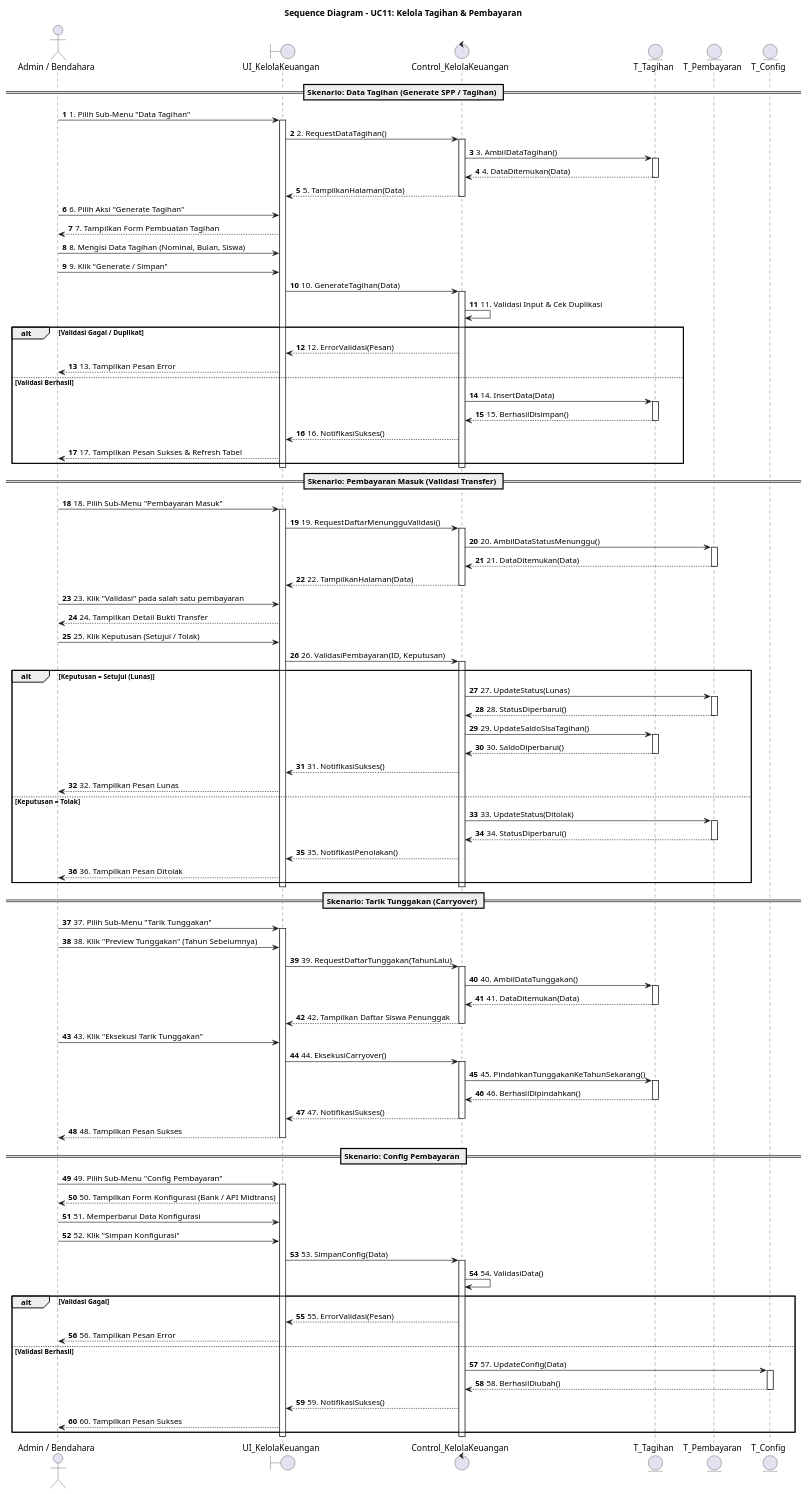
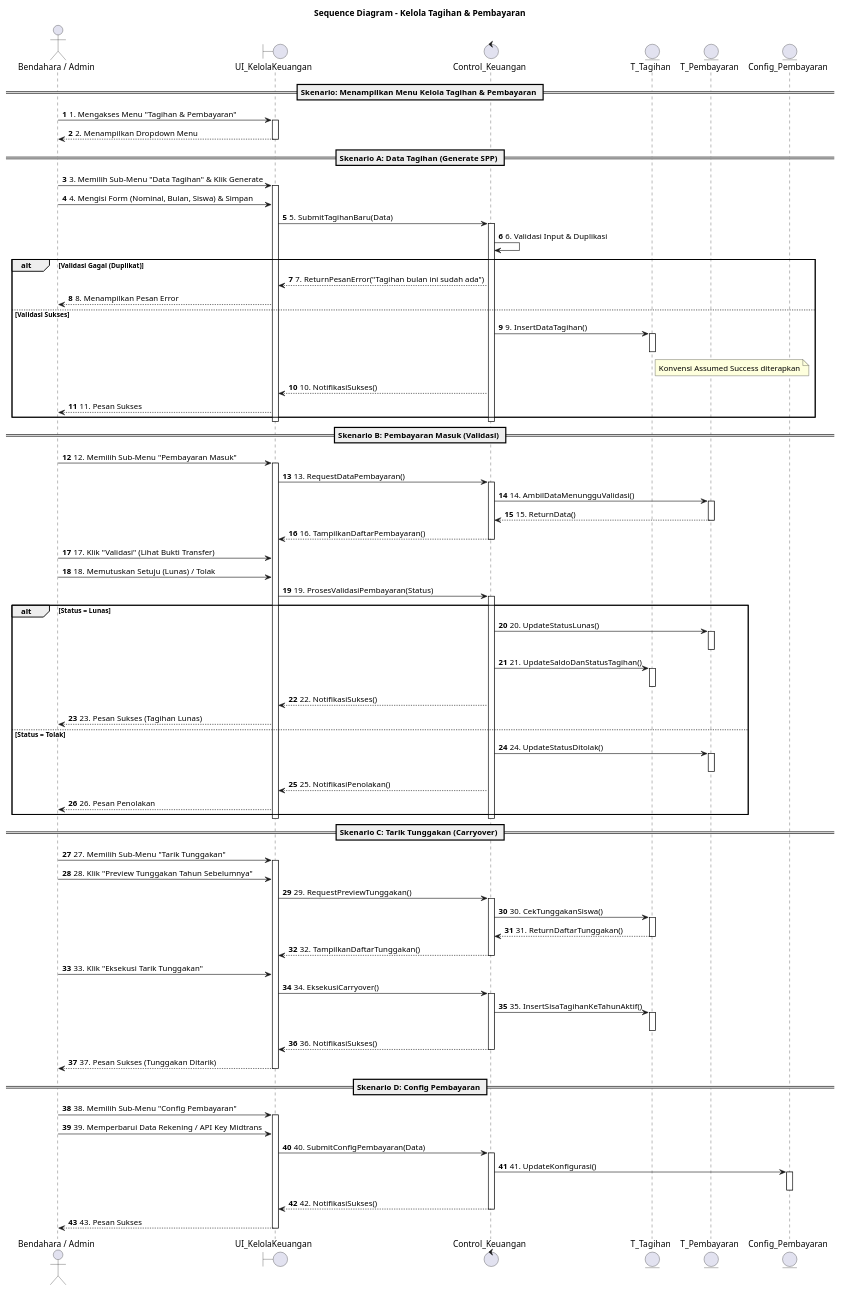
The diagram in docs/flow/sequence-kelola-tagihan-pembayaran.puml (shendelzare7sw/sipaduhok), drawn with PlantUML before and after one commit. The commit also changed 66 other files, not shown here.

```diff
--- a/docs/flow/sequence-kelola-tagihan-pembayaran.puml
+++ b/docs/flow/sequence-kelola-tagihan-pembayaran.puml
@@ -1,139 +1,116 @@
 @startuml
-title Sequence Diagram - UC11: Kelola Tagihan & Pembayaran
+title Sequence Diagram - Kelola Tagihan & Pembayaran
 autonumber
 
-actor "Admin / Bendahara" as Admin
+actor "Bendahara / Admin" as Pengguna
 boundary "UI_KelolaKeuangan" as UI
-control "Control_KelolaKeuangan" as Control
+control "Control_Keuangan" as Control
 entity "T_Tagihan" as E_Tagihan
 entity "T_Pembayaran" as E_Pembayaran
-entity "T_Config" as E_Config
+entity "Config_Pembayaran" as E_Config
 
-== Skenario: Data Tagihan (Generate SPP / Tagihan) ==
+== Skenario: Menampilkan Menu Kelola Tagihan & Pembayaran ==
+Pengguna -> UI : 1. Mengakses Menu "Tagihan & Pembayaran"
+activate UI
+UI --> Pengguna : 2. Menampilkan Dropdown Menu
+deactivate UI
 
-Admin -> UI : 1. Pilih Sub-Menu "Data Tagihan"
+== Skenario A: Data Tagihan (Generate SPP) ==
+Pengguna -> UI : 3. Memilih Sub-Menu "Data Tagihan" & Klik Generate
 activate UI
-UI -> Control : 2. RequestDataTagihan()
-activate Control
-Control -> E_Tagihan : 3. AmbilDataTagihan()
-activate E_Tagihan
-E_Tagihan --> Control : 4. DataDitemukan(Data)
-deactivate E_Tagihan
-Control --> UI : 5. TampilkanHalaman(Data)
-deactivate Control
-
-Admin -> UI : 6. Pilih Aksi "Generate Tagihan"
-UI --> Admin : 7. Tampilkan Form Pembuatan Tagihan
-Admin -> UI : 8. Mengisi Data Tagihan (Nominal, Bulan, Siswa)
-Admin -> UI : 9. Klik "Generate / Simpan"
-UI -> Control : 10. GenerateTagihan(Data)
+Pengguna -> UI : 4. Mengisi Form (Nominal, Bulan, Siswa) & Simpan
+UI -> Control : 5. SubmitTagihanBaru(Data)
 activate Control
 
-Control -> Control : 11. Validasi Input & Cek Duplikasi
-alt Validasi Gagal / Duplikat
-    Control --> UI : 12. ErrorValidasi(Pesan)
-    UI --> Admin : 13. Tampilkan Pesan Error
-else Validasi Berhasil
-    Control -> E_Tagihan : 14. InsertData(Data)
+Control -> Control : 6. Validasi Input & Duplikasi
+alt Validasi Gagal (Duplikat)
+    Control --> UI : 7. ReturnPesanError("Tagihan bulan ini sudah ada")
+    UI --> Pengguna : 8. Menampilkan Pesan Error
+else Validasi Sukses
+    Control -> E_Tagihan : 9. InsertDataTagihan()
     activate E_Tagihan
-    E_Tagihan --> Control : 15. BerhasilDisimpan()
     deactivate E_Tagihan
-    Control --> UI : 16. NotifikasiSukses()
-    UI --> Admin : 17. Tampilkan Pesan Sukses & Refresh Tabel
+    note right of E_Tagihan : Konvensi Assumed Success diterapkan
+    Control --> UI : 10. NotifikasiSukses()
+    UI --> Pengguna : 11. Pesan Sukses
 end
 deactivate Control
 deactivate UI
 
-== Skenario: Pembayaran Masuk (Validasi Transfer) ==
-
-Admin -> UI : 18. Pilih Sub-Menu "Pembayaran Masuk"
+== Skenario B: Pembayaran Masuk (Validasi) ==
+Pengguna -> UI : 12. Memilih Sub-Menu "Pembayaran Masuk"
 activate UI
-UI -> Control : 19. RequestDaftarMenungguValidasi()
+UI -> Control : 13. RequestDataPembayaran()
 activate Control
-Control -> E_Pembayaran : 20. AmbilDataStatusMenunggu()
+Control -> E_Pembayaran : 14. AmbilDataMenungguValidasi()
 activate E_Pembayaran
-E_Pembayaran --> Control : 21. DataDitemukan(Data)
+E_Pembayaran --> Control : 15. ReturnData()
 deactivate E_Pembayaran
-Control --> UI : 22. TampilkanHalaman(Data)
+Control --> UI : 16. TampilkanDaftarPembayaran()
 deactivate Control
 
-Admin -> UI : 23. Klik "Validasi" pada salah satu pembayaran
-UI --> Admin : 24. Tampilkan Detail Bukti Transfer
-Admin -> UI : 25. Klik Keputusan (Setujui / Tolak)
-UI -> Control : 26. ValidasiPembayaran(ID, Keputusan)
+Pengguna -> UI : 17. Klik "Validasi" (Lihat Bukti Transfer)
+Pengguna -> UI : 18. Memutuskan Setuju (Lunas) / Tolak
+UI -> Control : 19. ProsesValidasiPembayaran(Status)
 activate Control
 
-alt Keputusan = Setujui (Lunas)
-    Control -> E_Pembayaran : 27. UpdateStatus(Lunas)
+alt Status = Lunas
+    Control -> E_Pembayaran : 20. UpdateStatusLunas()
     activate E_Pembayaran
-    E_Pembayaran --> Control : 28. StatusDiperbarui()
     deactivate E_Pembayaran
-    Control -> E_Tagihan : 29. UpdateSaldoSisaTagihan()
+    
+    Control -> E_Tagihan : 21. UpdateSaldoDanStatusTagihan()
     activate E_Tagihan
-    E_Tagihan --> Control : 30. SaldoDiperbarui()
     deactivate E_Tagihan
-    Control --> UI : 31. NotifikasiSukses()
-    UI --> Admin : 32. Tampilkan Pesan Lunas
-else Keputusan = Tolak
-    Control -> E_Pembayaran : 33. UpdateStatus(Ditolak)
+    
+    Control --> UI : 22. NotifikasiSukses()
+    UI --> Pengguna : 23. Pesan Sukses (Tagihan Lunas)
+else Status = Tolak
+    Control -> E_Pembayaran : 24. UpdateStatusDitolak()
     activate E_Pembayaran
-    E_Pembayaran --> Control : 34. StatusDiperbarui()
     deactivate E_Pembayaran
-    Control --> UI : 35. NotifikasiPenolakan()
-    UI --> Admin : 36. Tampilkan Pesan Ditolak
+    Control --> UI : 25. NotifikasiPenolakan()
+    UI --> Pengguna : 26. Pesan Penolakan
 end
 deactivate Control
 deactivate UI
 
-== Skenario: Tarik Tunggakan (Carryover) ==
-
-Admin -> UI : 37. Pilih Sub-Menu "Tarik Tunggakan"
+== Skenario C: Tarik Tunggakan (Carryover) ==
+Pengguna -> UI : 27. Memilih Sub-Menu "Tarik Tunggakan"
 activate UI
-Admin -> UI : 38. Klik "Preview Tunggakan" (Tahun Sebelumnya)
-UI -> Control : 39. RequestDaftarTunggakan(TahunLalu)
+Pengguna -> UI : 28. Klik "Preview Tunggakan Tahun Sebelumnya"
+UI -> Control : 29. RequestPreviewTunggakan()
 activate Control
-Control -> E_Tagihan : 40. AmbilDataTunggakan()
+Control -> E_Tagihan : 30. CekTunggakanSiswa()
 activate E_Tagihan
-E_Tagihan --> Control : 41. DataDitemukan(Data)
+E_Tagihan --> Control : 31. ReturnDaftarTunggakan()
 deactivate E_Tagihan
-Control --> UI : 42. Tampilkan Daftar Siswa Penunggak
+Control --> UI : 32. TampilkanDaftarTunggakan()
 deactivate Control
 
-Admin -> UI : 43. Klik "Eksekusi Tarik Tunggakan"
-UI -> Control : 44. EksekusiCarryover()
+Pengguna -> UI : 33. Klik "Eksekusi Tarik Tunggakan"
+UI -> Control : 34. EksekusiCarryover()
 activate Control
-Control -> E_Tagihan : 45. PindahkanTunggakanKeTahunSekarang()
+Control -> E_Tagihan : 35. InsertSisaTagihanKeTahunAktif()
 activate E_Tagihan
-E_Tagihan --> Control : 46. BerhasilDipindahkan()
 deactivate E_Tagihan
-Control --> UI : 47. NotifikasiSukses()
+Control --> UI : 36. NotifikasiSukses()
 deactivate Control
-UI --> Admin : 48. Tampilkan Pesan Sukses
+UI --> Pengguna : 37. Pesan Sukses (Tunggakan Ditarik)
 deactivate UI
 
-== Skenario: Config Pembayaran ==
-
-Admin -> UI : 49. Pilih Sub-Menu "Config Pembayaran"
+== Skenario D: Config Pembayaran ==
+Pengguna -> UI : 38. Memilih Sub-Menu "Config Pembayaran"
 activate UI
-UI --> Admin : 50. Tampilkan Form Konfigurasi (Bank / API Midtrans)
-Admin -> UI : 51. Memperbarui Data Konfigurasi
-Admin -> UI : 52. Klik "Simpan Konfigurasi"
-UI -> Control : 53. SimpanConfig(Data)
+Pengguna -> UI : 39. Memperbarui Data Rekening / API Key Midtrans
+UI -> Control : 40. SubmitConfigPembayaran(Data)
 activate Control
-
-Control -> Control : 54. ValidasiData()
-alt Validasi Gagal
-    Control --> UI : 55. ErrorValidasi(Pesan)
-    UI --> Admin : 56. Tampilkan Pesan Error
-else Validasi Berhasil
-    Control -> E_Config : 57. UpdateConfig(Data)
-    activate E_Config
-    E_Config --> Control : 58. BerhasilDiubah()
-    deactivate E_Config
-    Control --> UI : 59. NotifikasiSukses()
-    UI --> Admin : 60. Tampilkan Pesan Sukses
-end
+Control -> E_Config : 41. UpdateKonfigurasi()
+activate E_Config
+deactivate E_Config
+Control --> UI : 42. NotifikasiSukses()
 deactivate Control
+UI --> Pengguna : 43. Pesan Sukses
 deactivate UI
 
 @enduml
```
